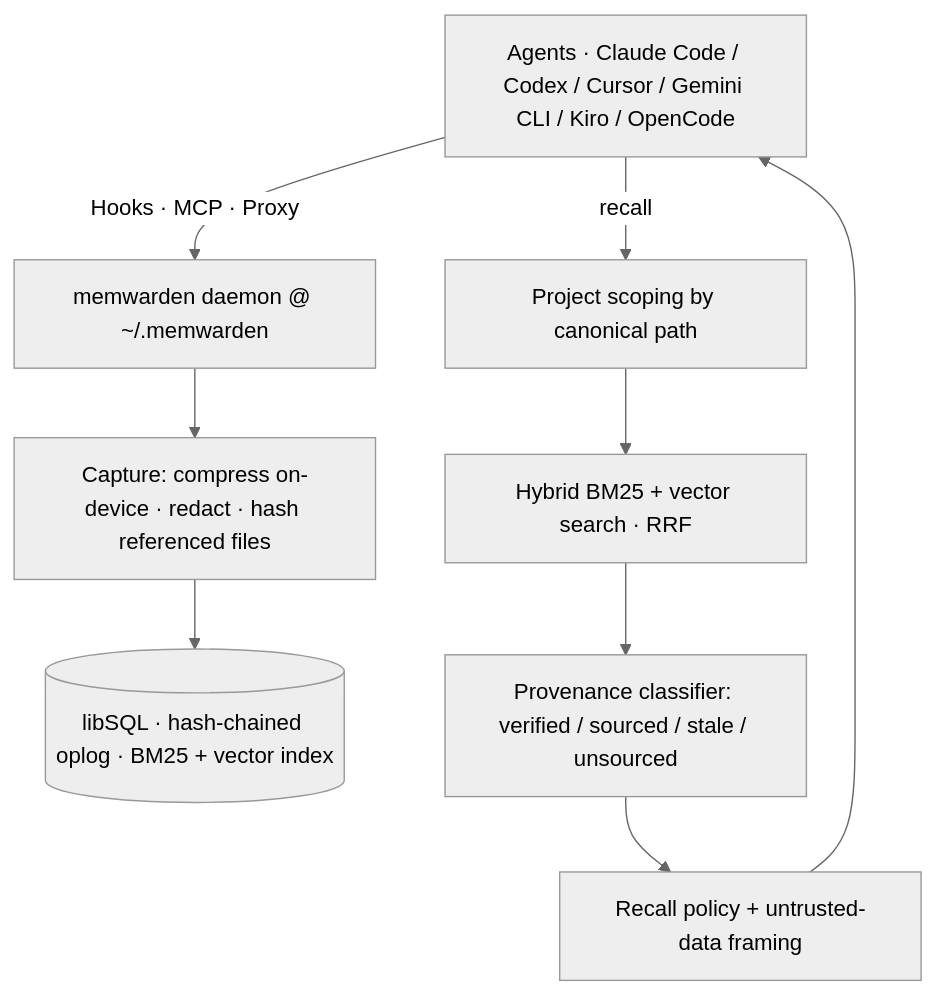
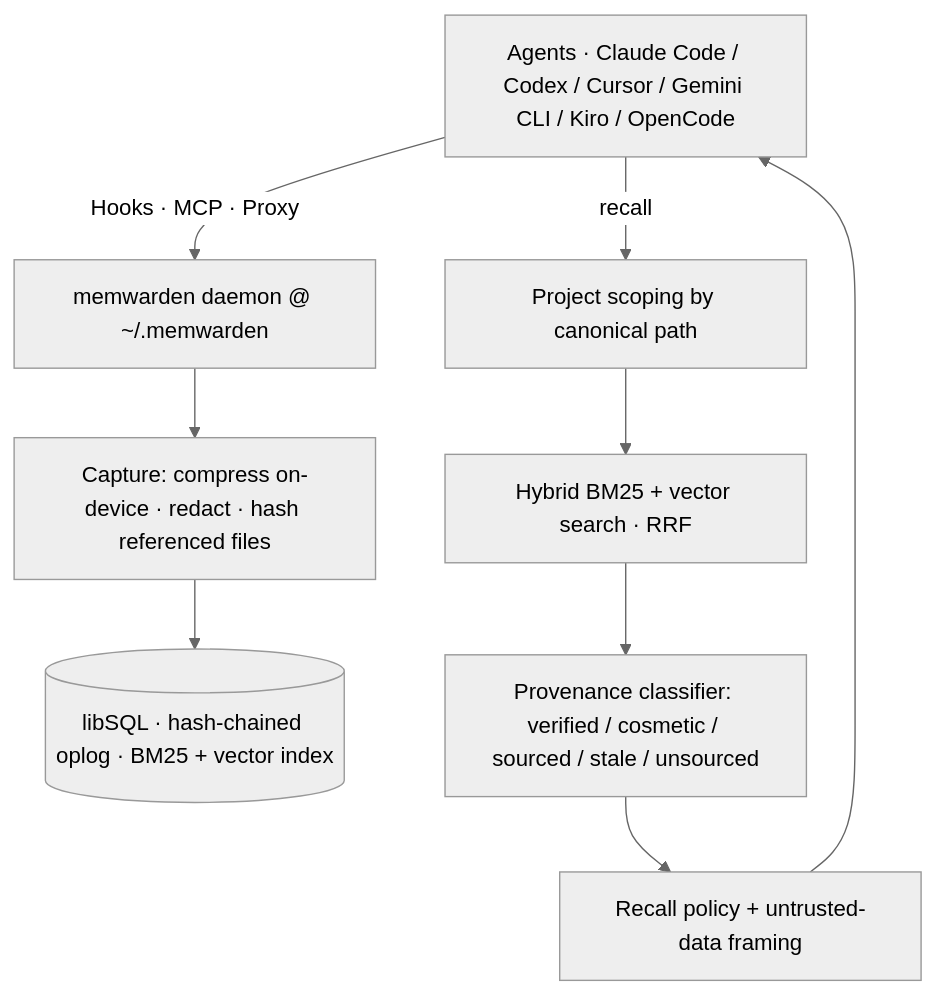
One commit to saiyam1814/memwarden changed the diagram in README.md. Above: the diagram before and after it, drawn with Mermaid (neutral theme). The commit also changed other lines of this file and 33 other files, not shown here.

````diff
--- a/README.md
+++ b/README.md
@@ -147,12 +148,12 @@
 ```mermaid
 flowchart TB
   A["Agents · Claude Code / Codex / Cursor / Gemini CLI / Kiro / OpenCode"]
   A -->|Hooks · MCP · Proxy| D["memwarden daemon @ ~/.memwarden"]
   D --> C["Capture: compress on-device · redact · hash referenced files"]
   C --> S[("libSQL · hash-chained oplog · BM25 + vector index")]
   A -->|recall| P[Project scoping by canonical path]
   P --> H[Hybrid BM25 + vector search · RRF]
-  H --> V["Provenance classifier: verified / sourced / stale / unsourced"]
+  H --> V["Provenance classifier: verified / cosmetic / sourced / stale / unsourced"]
   V --> R[Recall policy + untrusted-data framing]
   R --> A
 ```
````
